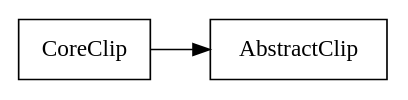
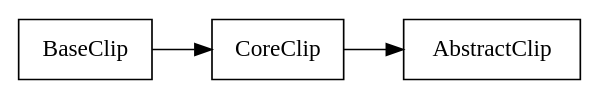
One commit to sekati/sasapi changed the diagram in docs/com/sekati/display/classes.dot. Above: the diagram before and after it, drawn with Graphviz. The commit also changed 230 other files, not shown here.

```diff
--- a/docs/com/sekati/display/classes.dot
+++ b/docs/com/sekati/display/classes.dot
@@ -1,16 +1,23 @@
 strict digraph class_diagram {
   rankdir=LR;
   TypeCoreClip[
     label="CoreClip",
     URL="CoreClip.html",
     tooltip="com.sekati.display.CoreClip",
     shape="record"
   ];
+  TypeBaseClip[
+    label="BaseClip",
+    URL="BaseClip.html",
+    tooltip="com.sekati.display.BaseClip",
+    shape="record"
+  ];
   TypeAbstractClip[
     label="AbstractClip",
     URL="AbstractClip.html",
     tooltip="com.sekati.display.AbstractClip",
     shape="record"
   ];
+  TypeBaseClip -> TypeCoreClip;
   TypeCoreClip -> TypeAbstractClip;
 }
```
